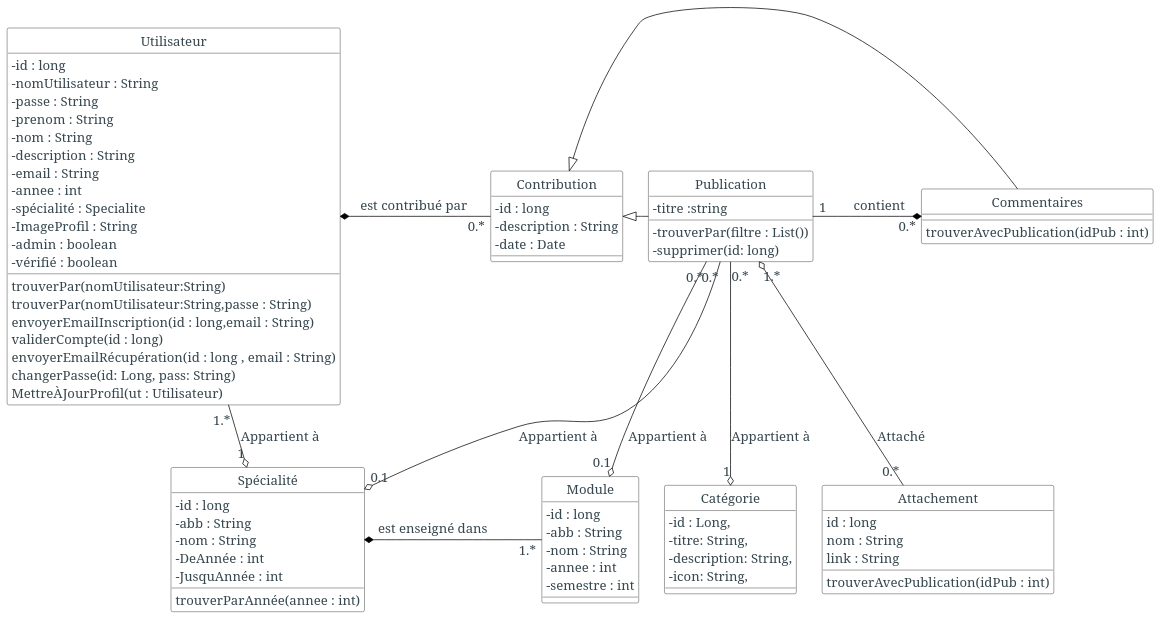
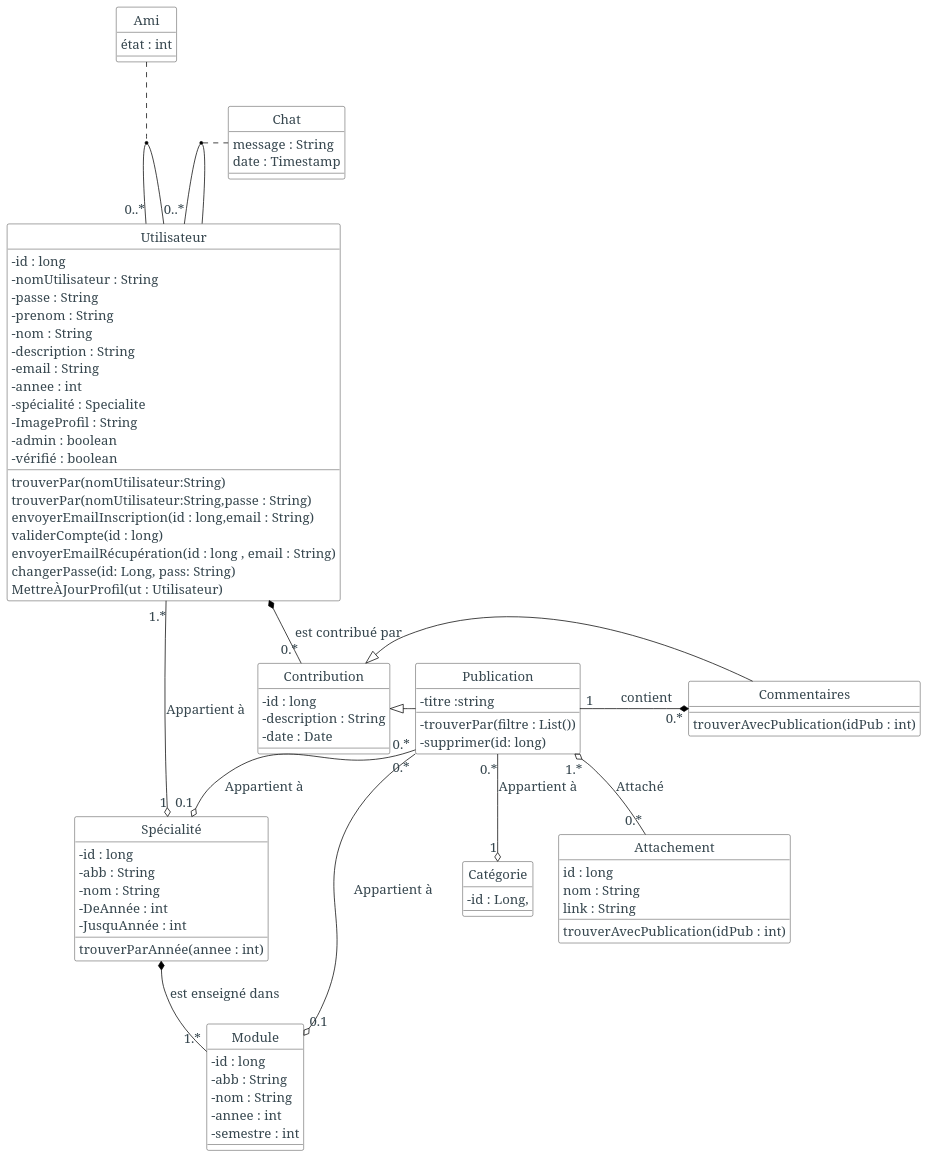
The diagram in diagrammes/src/class.puml (assimhabeek/memoire), drawn with PlantUML before and after one commit. The commit also changed 16 other files, not shown here.

```diff
--- a/diagrammes/src/class.puml
+++ b/diagrammes/src/class.puml
@@ -1,99 +1,109 @@
 @startuml
 skinparam backgroundColor #fff
 skinparam defaultFontColor #37474f
 skinparam defaultFontSize 18
 skinparam defaultFontName serif
 skinparam defaultFontStyle normal
 skinparam classAttributeIconSize 0
 skinparam classBackgroundColor #fff
 skinparam classBorderColor #000
 skinparam classArrowColor #000
 
 hide class circle
 
 class "Spécialité" as specialty{
 -id : long
 -abb : String
 -nom : String
 -DeAnnée : int
 -JusquAnnée : int
 trouverParAnnée(annee : int)
 }
 
 class "Module" as module{
 -id : long
 -abb : String
 -nom : String
 -annee : int
 -semestre : int
 }
 
 class  "Utilisateur"  as user{
 -id : long
 -nomUtilisateur : String
 -passe : String
 -prenom : String
 -nom : String
 -description : String
 -email : String
 -annee : int
 -spécialité : Specialite
 -ImageProfil : String
 -admin : boolean
 -vérifié : boolean
 
 trouverPar(nomUtilisateur:String)
 trouverPar(nomUtilisateur:String,passe : String)
 envoyerEmailInscription(id : long,email : String)
 validerCompte(id : long)
 envoyerEmailRécupération(id : long , email : String)
 changerPasse(id: Long, pass: String)
 MettreÀJourProfil(ut : Utilisateur)
 }
 
 
 
 class "Contribution" as contribution {
 -id : long
 -description : String
 -date : Date
 }
 
 class "Publication" as post{
 -titre :string
 -trouverPar(filtre : List())
 -supprimer(id: long)
 }
 
+user "0..*" -- "0..*" user
+(user, user) .. Ami
+(user, user) .. Chat
+
+class Ami{
+  état : int
+}
+
+class Chat{
+  message : String
+  date : Timestamp
+}
+
 class "Catégorie" as category{
   -id : Long,
-  -titre: String,
-  -description: String,
-  -icon: String,
 }
 
 class "Commentaires" as comments {
  trouverAvecPublication(idPub : int)
 }
 
 
 class "Attachement" as media{
 id : long
 nom : String
 link : String
 trouverAvecPublication(idPub : int)
 }
 
-user  *-right- "0.*" contribution : "  est contribué par   "
+user  *-- "0.*" contribution : "  est contribué par   "
 user  "1.*" --o "1" specialty : "Appartient à"
 specialty  *- "1.*" module : "est enseigné dans            "
-post  "0.*" --o "0.1" module : "Appartient à     "
+post  "0.*" ---o "0.1" module : "Appartient à     "
 post  "0.*" --o "0.1" specialty : "Appartient à     "
 post  "0.*" --o "1" category : "Appartient à     "
 
 
 post "1.*" o-- "0.*" media : "Attaché"
 contribution <|- post
 contribution <|- comments
 post "1" -* "0.*" comments : \tcontient\t
 @enduml
```
